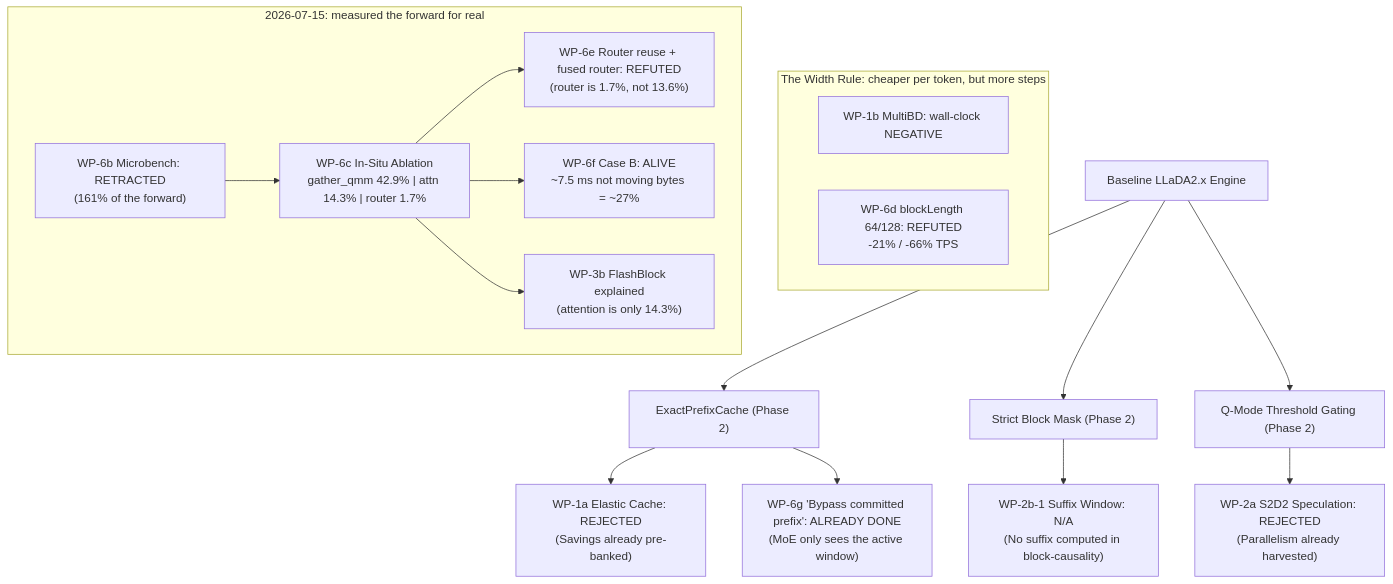
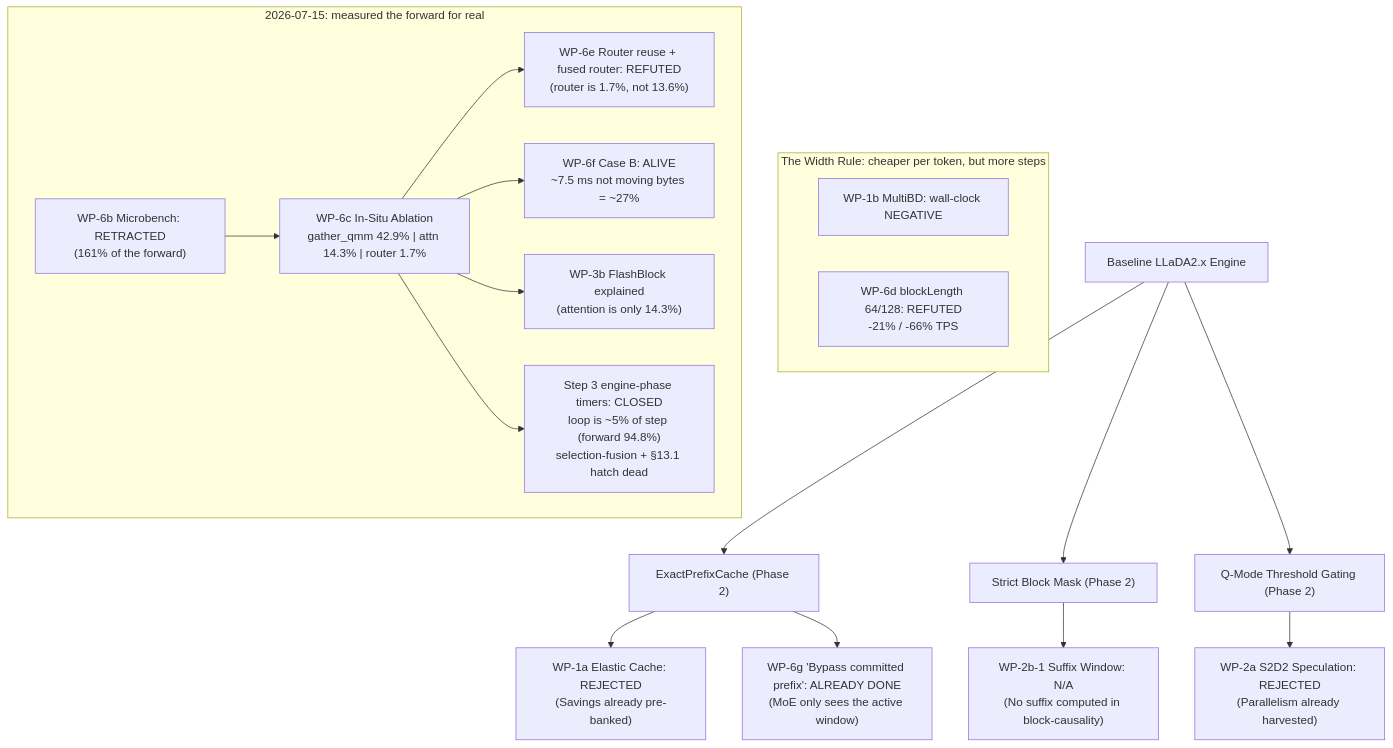
One commit to CreativeBeastDesign/NeoDiffusion changed the diagram in Plans/experiments-master-list.md. Above: the diagram before and after it, drawn with Mermaid. The commit also changed other lines of this file and 8 other files, not shown here.

````diff
--- a/Plans/experiments-master-list.md
+++ b/Plans/experiments-master-list.md
@@ -257,23 +270,24 @@
 ```mermaid
 graph TD
     A["Baseline LLaDA2.x Engine"] --> B["ExactPrefixCache (Phase 2)"]
     A --> C["Strict Block Mask (Phase 2)"]
     A --> D["Q-Mode Threshold Gating (Phase 2)"]
 
     B --> E["WP-1a Elastic Cache: REJECTED<br>(Savings already pre-banked)"]
     C --> F["WP-2b-1 Suffix Window: N/A<br>(No suffix computed in block-causality)"]
     D --> G["WP-2a S2D2 Speculation: REJECTED<br>(Parallelism already harvested)"]
     B --> R["WP-6g 'Bypass committed prefix': ALREADY DONE<br>(MoE only sees the active window)"]
 
     subgraph W ["The Width Rule: cheaper per token, but more steps"]
         I["WP-1b MultiBD: wall-clock NEGATIVE"]
         BL["WP-6d blockLength 64/128: REFUTED<br>-21% / -66% TPS"]
     end
 
     subgraph M ["2026-07-15: measured the forward for real"]
         MB["WP-6b Microbench: RETRACTED<br>(161% of the forward)"] --> IS["WP-6c In-Situ Ablation<br>gather_qmm 42.9% | attn 14.3% | router 1.7%"]
         IS --> RR["WP-6e Router reuse + fused router: REFUTED<br>(router is 1.7%, not 13.6%)"]
         IS --> CB["WP-6f Case B: ALIVE<br>~7.5 ms not moving bytes = ~27%"]
         IS --> FB["WP-3b FlashBlock explained<br>(attention is only 14.3%)"]
+        IS --> S3["Step 3 engine-phase timers: CLOSED<br>loop is ~5% of step (forward 94.8%)<br>selection-fusion + §13.1 hatch dead"]
     end
 ```
````
